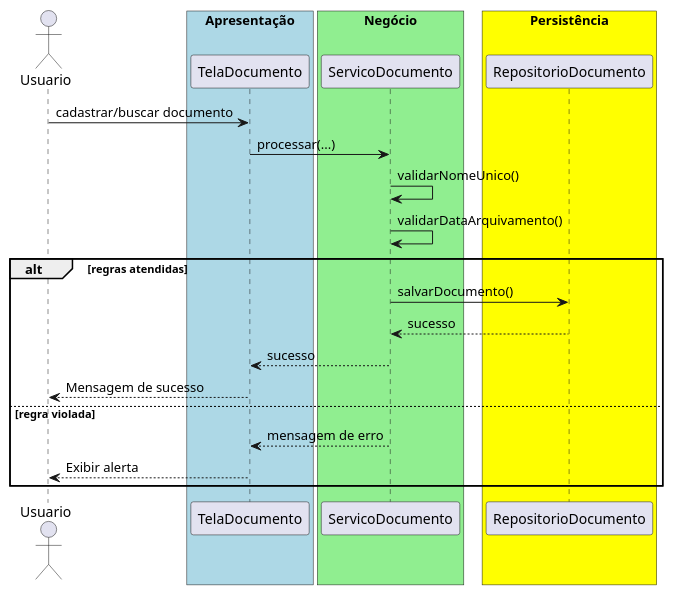
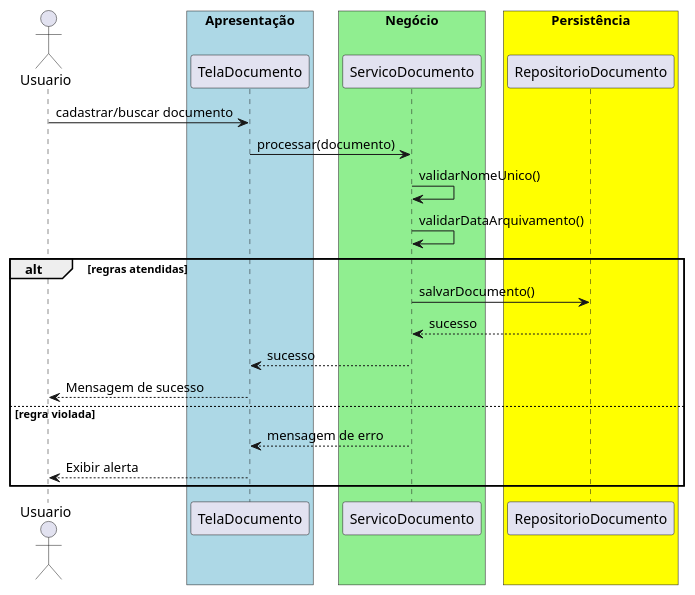
The diagram in src/trabalhos/Trabalho16.md (20261-ifba-saj-ads-poo/blog), drawn with PlantUML before and after one commit. The commit also changed other lines of this file and 35 other files, not shown here.

````diff
--- a/src/trabalhos/Trabalho16.md
+++ b/src/trabalhos/Trabalho16.md
@@ -28,27 +28,27 @@
 ```plantuml{kroki=true}
 @startuml
 actor Usuario
 box "Apresentação" #lightblue
     participant TelaDocumento
 end box
 box "Negócio" #lightgreen
     participant ServicoDocumento
 end box
 box "Persistência" #yellow
     participant RepositorioDocumento
 end box
 Usuario -> TelaDocumento : cadastrar/buscar documento
-TelaDocumento -> ServicoDocumento : processar(...)
+TelaDocumento -> ServicoDocumento : processar(documento)
 ServicoDocumento -> ServicoDocumento : validarNomeUnico()
 ServicoDocumento -> ServicoDocumento : validarDataArquivamento()
 alt regras atendidas
     ServicoDocumento -> RepositorioDocumento : salvarDocumento()
     RepositorioDocumento --> ServicoDocumento : sucesso
     ServicoDocumento --> TelaDocumento : sucesso
     TelaDocumento --> Usuario : Mensagem de sucesso
 else regra violada
     ServicoDocumento --> TelaDocumento : mensagem de erro
     TelaDocumento --> Usuario : Exibir alerta
 end
 @enduml
 ```
````
